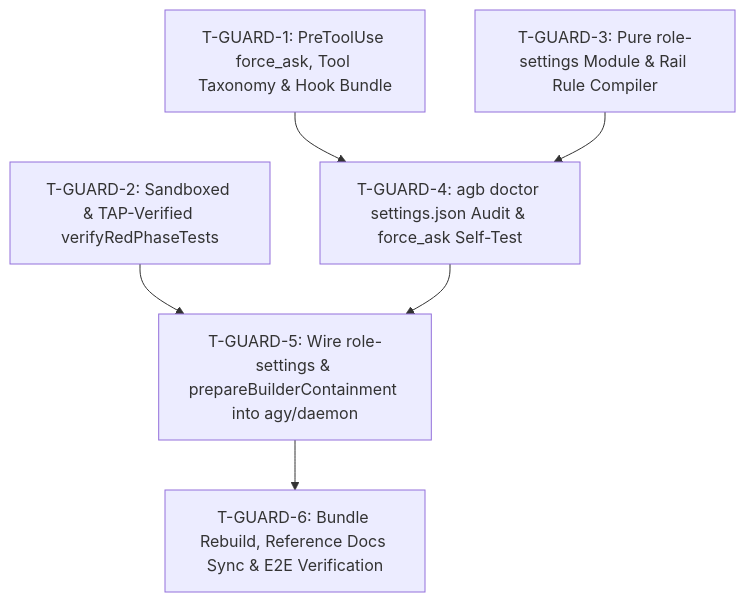
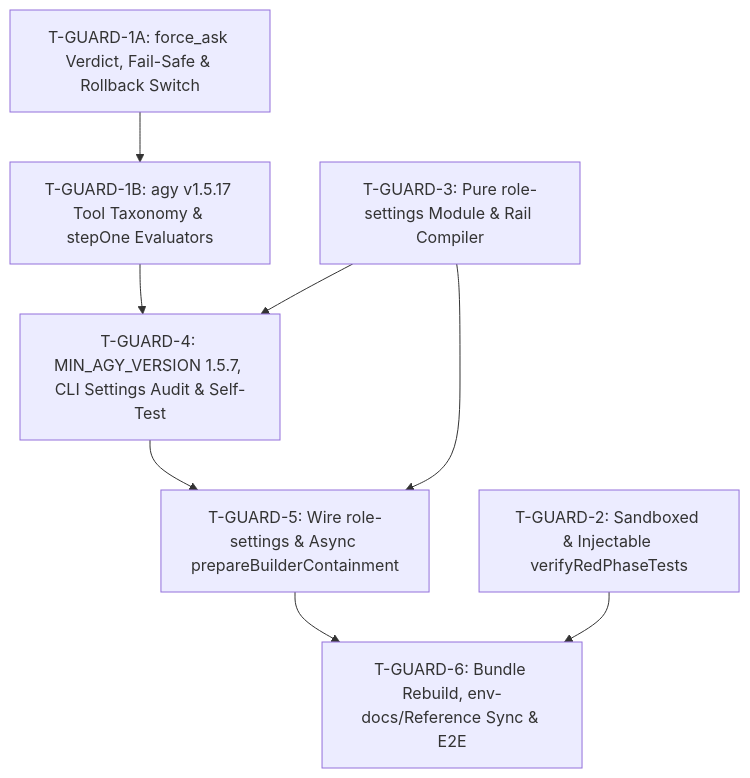
Before and after one commit to voodootikigod/antigravity-booster: the diagram in specs/native-agy-guardrails-spec.md, drawn with Mermaid. The commit also changed other lines of this file, not shown here.

Commit message:
docs(spec): incorporate Plan ARL round 2 fixes and split T-GUARD-1A/1B

````diff
--- a/specs/native-agy-guardrails-spec.md
+++ b/specs/native-agy-guardrails-spec.md
@@ -39,8 +40,10 @@
 ```mermaid
 graph TD
-  T-GUARD-1["T-GUARD-1: PreToolUse force_ask, Tool Taxonomy & Hook Bundle"] --> T-GUARD-4["T-GUARD-4: agb doctor settings.json Audit & force_ask Self-Test"]
-  T-GUARD-3["T-GUARD-3: Pure role-settings Module & Rail Rule Compiler"] --> T-GUARD-4
-  T-GUARD-2["T-GUARD-2: Sandboxed & TAP-Verified verifyRedPhaseTests"] --> T-GUARD-5["T-GUARD-5: Wire role-settings & prepareBuilderContainment into agy/daemon"]
+  T-GUARD-1A["T-GUARD-1A: force_ask Verdict, Fail-Safe & Rollback Switch"] --> T-GUARD-1B["T-GUARD-1B: agy v1.5.17 Tool Taxonomy & stepOne Evaluators"]
+  T-GUARD-1B --> T-GUARD-4["T-GUARD-4: MIN_AGY_VERSION 1.5.7, CLI Settings Audit & Self-Test"]
+  T-GUARD-3["T-GUARD-3: Pure role-settings Module & Rail Compiler"] --> T-GUARD-4
+  T-GUARD-3 --> T-GUARD-5["T-GUARD-5: Wire role-settings & Async prepareBuilderContainment"]
   T-GUARD-4 --> T-GUARD-5
-  T-GUARD-5 --> T-GUARD-6["T-GUARD-6: Bundle Rebuild, Reference Docs Sync & E2E Verification"]
+  T-GUARD-2["T-GUARD-2: Sandboxed & Injectable verifyRedPhaseTests"] --> T-GUARD-6["T-GUARD-6: Bundle Rebuild, env-docs/Reference Sync & E2E"]
+  T-GUARD-5 --> T-GUARD-6
 ```
````
